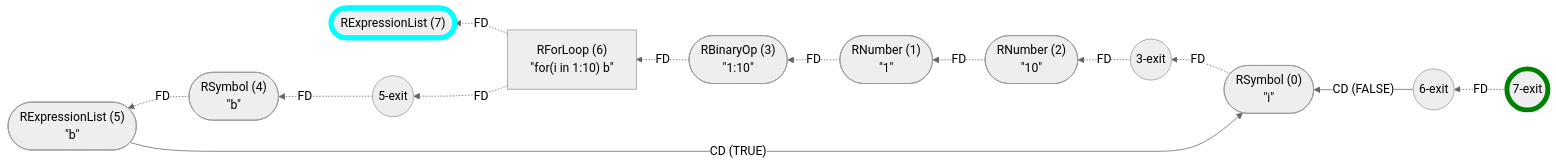
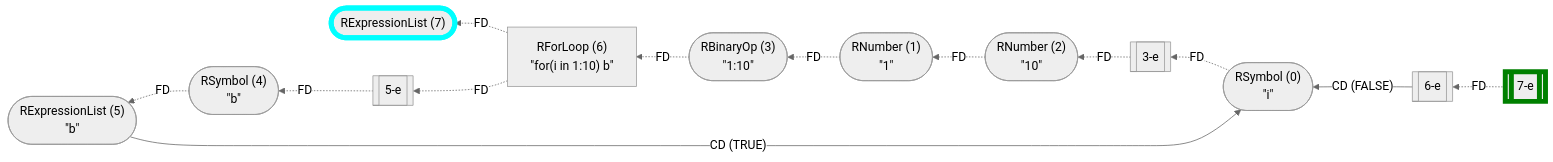
One commit to flowr-analysis/flowr changed diagram 12 of 23 in wiki/Control Flow Graph.md. Above: the diagram before and after it, drawn with Mermaid (neutral theme). The commit also changed other lines of this file and 9 other files, not shown here.

````diff
--- a/wiki/Control Flow Graph.md
+++ b/wiki/Control Flow Graph.md
@@ -894,35 +789,35 @@
 ```mermaid
 flowchart RL
     n7(["`RExpressionList (7)`"])
     n0(["`RSymbol (0)
 #34;i#34;`"])
     n6["`RForLoop (6)
 #34;for(i in 1#58;10) b#34;`"]
     n1(["`RNumber (1)
 #34;1#34;`"])
     n2(["`RNumber (2)
 #34;10#34;`"])
     n3(["`RBinaryOp (3)
 #34;1#58;10#34;`"])
-    n3-exit((3-exit))
+    n3-e[[3-e]]
     n5(["`RExpressionList (5)
 #34;b#34;`"])
     n4(["`RSymbol (4)
 #34;b#34;`"])
-    n5-exit((5-exit))
-    n6-exit((6-exit))
-    n7-exit((7-exit))
+    n5-e[[5-e]]
+    n6-e[[6-e]]
+    n7-e[[7-e]]
     n6 -.->|"FD"| n7
-    n6 -.->|"FD"| n5-exit
+    n6 -.->|"FD"| n5-e
     n2 -.->|"FD"| n1
     n1 -.->|"FD"| n3
-    n3-exit -.->|"FD"| n2
+    n3-e -.->|"FD"| n2
     n4 -.->|"FD"| n5
-    n5-exit -.->|"FD"| n4
+    n5-e -.->|"FD"| n4
     n3 -.->|"FD"| n6
-    n0 -.->|"FD"| n3-exit
+    n0 -.->|"FD"| n3-e
     n5 -->|"CD (TRUE)"| n0
-    n6-exit -->|"CD (FALSE)"| n0
-    n7-exit -.->|"FD"| n6-exit
-    style n7 stroke:cyan,stroke-width:6.5px;    style n7-exit stroke:green,stroke-width:6.5px;
+    n6-e -->|"CD (FALSE)"| n0
+    n7-e -.->|"FD"| n6-e
+    style n7 stroke:cyan,stroke-width:6.5px;    style n7-e stroke:green,stroke-width:6.5px;
 ```
````
